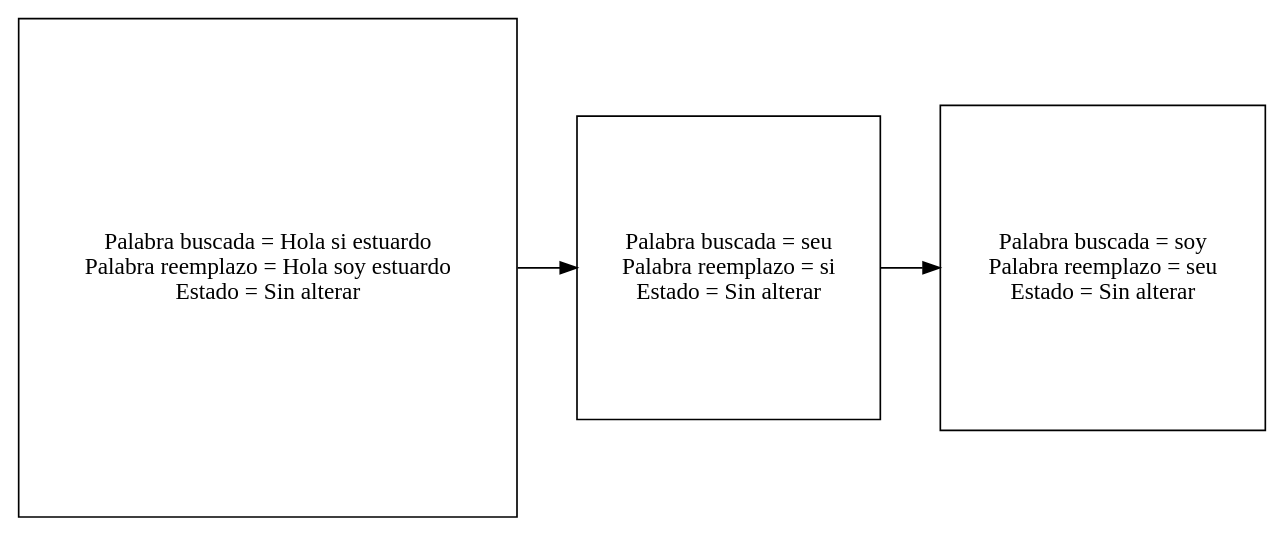
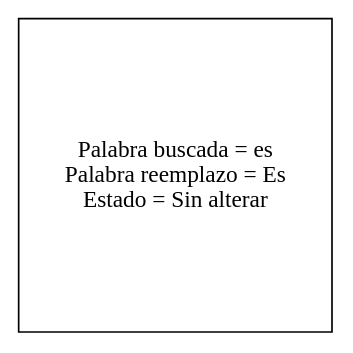
One commit to MEFM/EDD_1S2020_P1_201700371 changed the diagram in cambios.dot. Above: the diagram before and after it, drawn with Graphviz. The commit also changed 18 other files, not shown here.

```diff
--- a/cambios.dot
+++ b/cambios.dot
@@ -1,9 +1,5 @@
 digraph bf{
 rankdir = LR;
 node[shape = square];
-x00B81C48[label = "Palabra buscada = Hola si estuardo\nPalabra reemplazo = Hola soy estuardo\nEstado = Sin alterar"];
-x00B81C48->x00B81F38;
-x00B81F38[label = "Palabra buscada = seu\nPalabra reemplazo = si\nEstado = Sin alterar"];
-x00B81F38->x00B75F60;
-x00B75F60[label = "Palabra buscada = soy\nPalabra reemplazo = seu\nEstado = Sin alterar"];
+x01361D98[label = "Palabra buscada = es\nPalabra reemplazo = Es\nEstado = Sin alterar"];
 }
```
